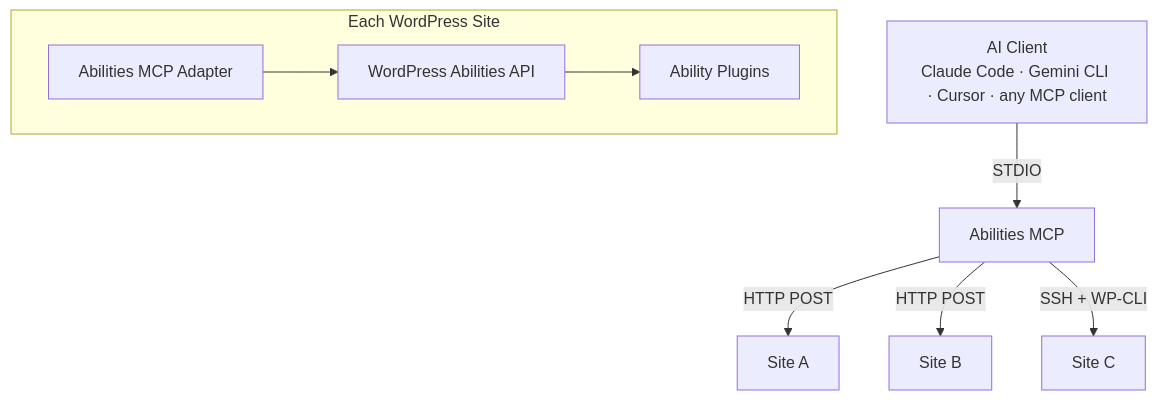
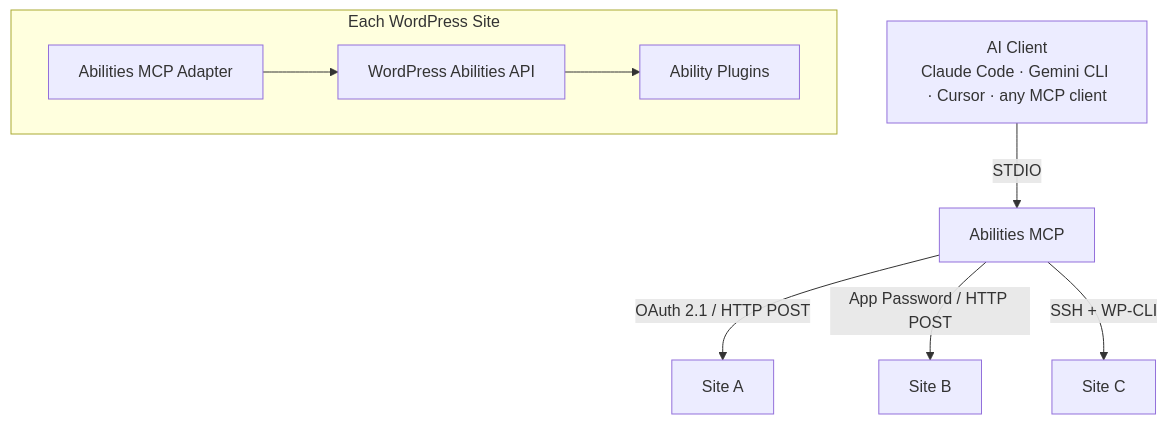
Before and after one commit to Wicked-Evolutions/abilities-mcp: the diagram in README.md, drawn with Mermaid. The commit also changed other lines of this file and 3 other files, not shown here.

First line of the commit message:
docs(README): rewrite for OAuth-from-.mcpb path + post-v1.5.0/v1.6.0 surface coverage (v1.6.1) (#75)

````diff
--- a/README.md
+++ b/README.md
@@ -355,12 +428,12 @@
 ```mermaid
 graph TD
     Client[AI Client<br/>Claude Code · Gemini CLI · Cursor · any MCP client] -->|STDIO| Bridge[Abilities MCP]
-    Bridge -->|HTTP POST| SiteA[Site A]
-    Bridge -->|HTTP POST| SiteB[Site B]
+    Bridge -->|OAuth 2.1 / HTTP POST| SiteA[Site A]
+    Bridge -->|App Password / HTTP POST| SiteB[Site B]
     Bridge -->|SSH + WP-CLI| SiteC[Site C]
 
     subgraph "Each WordPress Site"
         Adapter[Abilities MCP Adapter] --> AbilitiesAPI[WordPress Abilities API]
         AbilitiesAPI --> Plugins[Ability Plugins]
     end
 ```
````
